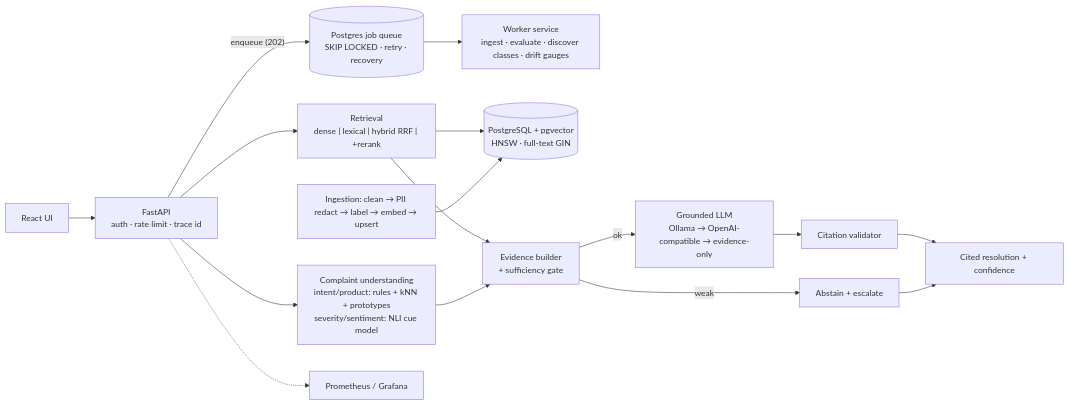
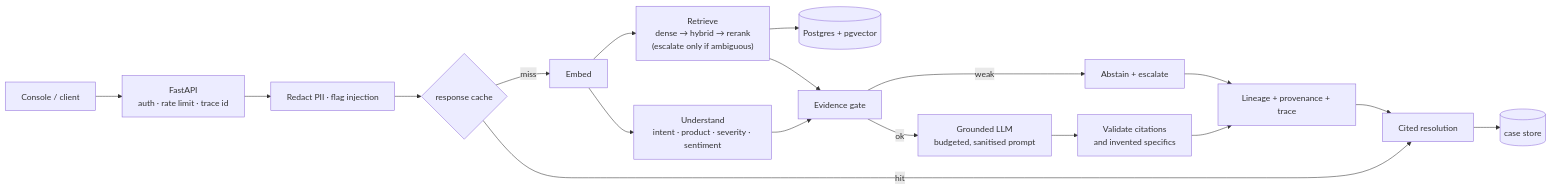
The first of 4 diagrams in README.md (kxxshxl/ResolveIQ), drawn with Mermaid before and after one commit. The commit also changed other lines of this file and 29 other files, not shown here.

First line of the commit message:
Rewrite README and docs around the final system; add console, database, security and LLM docs

````diff
--- a/README.md
+++ b/README.md
@@ -36,18 +99,18 @@
 ```mermaid
 flowchart LR
-    UI["React UI"] --> API["FastAPI<br/>auth · rate limit · trace id"]
-    API -- "enqueue (202)" --> Q[("Postgres job queue<br/>SKIP LOCKED · retry · recovery")]
-    Q --> WK["Worker service<br/>ingest · evaluate · discover classes · drift gauges"]
-    API --> CU["Complaint understanding<br/>intent/product: rules + kNN + prototypes<br/>severity/sentiment: NLI cue model"]
-    API --> RET["Retrieval<br/>dense | lexical | hybrid RRF | +rerank"]
-    RET --> PG[("PostgreSQL + pgvector<br/>HNSW · full-text GIN")]
-    RET --> EV["Evidence builder<br/>+ sufficiency gate"]
-    CU --> EV
+    UI["Console / client"] --> API["FastAPI<br/>auth · rate limit · trace id"]
+    API --> PRE["Redact PII · flag injection"] --> CACHE{"response cache"}
+    CACHE -- hit --> OUT
+    CACHE -- miss --> EMB["Embed"]
+    EMB --> CU["Understand<br/>intent · product · severity · sentiment"]
+    EMB --> RET["Retrieve<br/>dense → hybrid → rerank<br/>(escalate only if ambiguous)"]
+    RET --> PG[("Postgres + pgvector")]
+    CU --> EV["Evidence gate"]
+    RET --> EV
     EV -- weak --> ABS["Abstain + escalate"]
-    EV -- ok --> LLM["Grounded LLM<br/>Ollama → OpenAI-compatible → evidence-only"]
-    LLM --> CV["Citation validator"]
-    CV --> RES["Cited resolution + confidence"]
-    ABS --> RES
-    ING["Ingestion: clean → PII redact → label → embed → upsert"] --> PG
-    API -.-> PROM["Prometheus / Grafana"]
+    EV -- ok --> LLM["Grounded LLM<br/>budgeted, sanitised prompt"]
+    LLM --> CV["Validate citations<br/>and invented specifics"]
+    CV --> LIN["Lineage + provenance + trace"]
+    ABS --> LIN
+    LIN --> OUT["Cited resolution"] --> AUD[("case store")]
 ```
````
